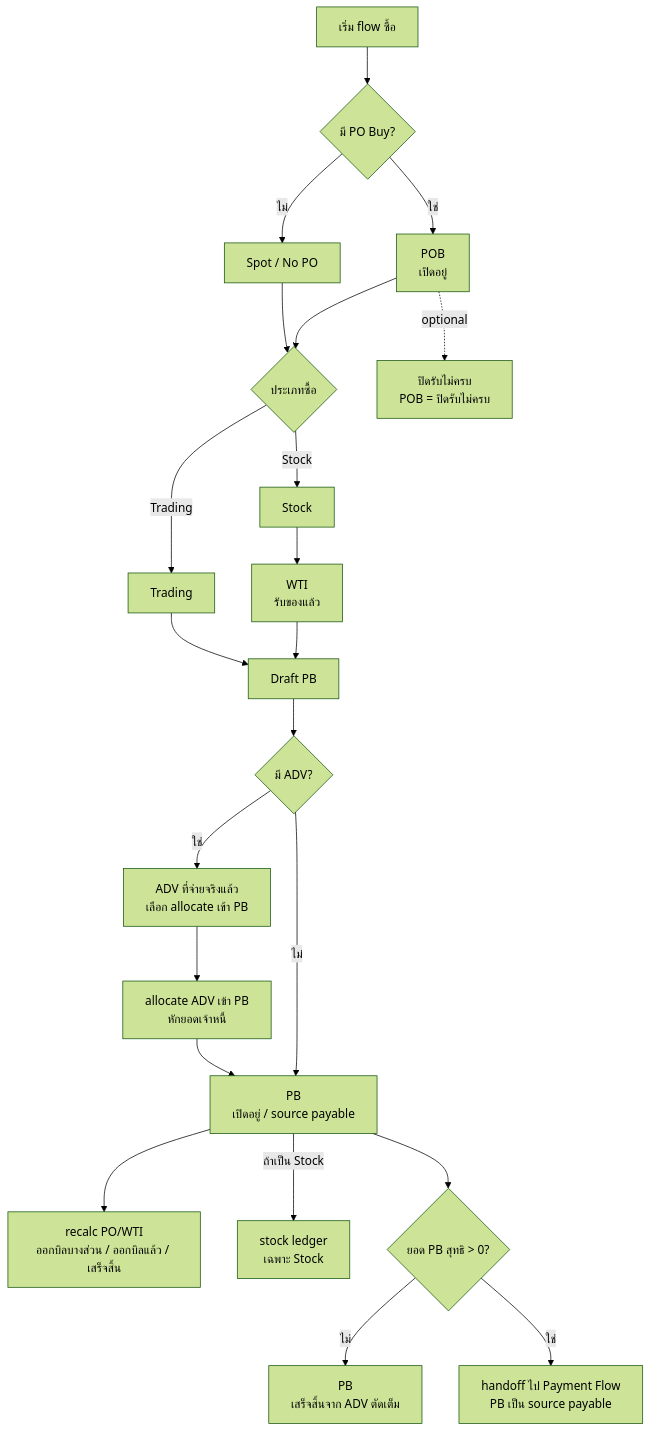
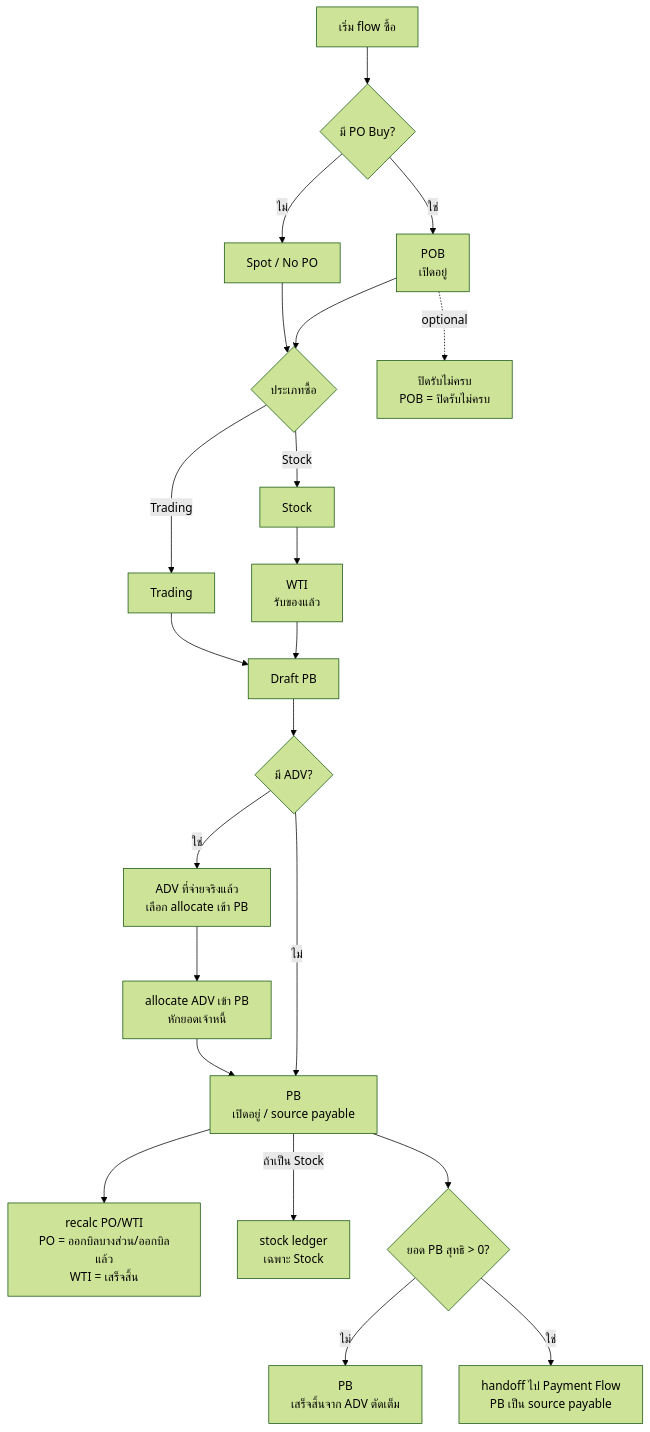
The diagram in docs/notes/Purchase Flow.md (terner/new-ns-scrap-erp), drawn with Mermaid (forest theme) before and after one commit. The commit also changed other lines of this file and 194 other files, not shown here.

Commit message:
Update stock, payment, and flow documentation

````diff
--- a/docs/notes/Purchase Flow.md
+++ b/docs/notes/Purchase Flow.md
@@ -65,40 +67,40 @@
 ```mermaid
 flowchart TD
   Start["เริ่ม flow ซื้อ"]
   Po{"มี PO Buy?"}
   PoDoc["POB<br/>เปิดอยู่"]
   NoPo["Spot / No PO"]
   PurchaseType{"ประเภทซื้อ"}
   Stock["Stock"]
   Trading["Trading"]
   Wti["WTI<br/>รับของแล้ว"]
   PbDraft["Draft PB"]
   PbSave["PB<br/>เปิดอยู่ / source payable"]
-  PoWtiRecalc["recalc PO/WTI<br/>ออกบิลบางส่วน / ออกบิลแล้ว / เสร็จสิ้น"]
+  PoWtiRecalc["recalc PO/WTI<br/>PO = ออกบิลบางส่วน/ออกบิลแล้ว<br/>WTI = เสร็จสิ้น"]
   StockLedger["stock ledger<br/>เฉพาะ Stock"]
   Advance{"มี ADV?"}
   AdvPaid["ADV ที่จ่ายจริงแล้ว<br/>เลือก allocate เข้า PB"]
   AllocateAdv["allocate ADV เข้า PB<br/>หักยอดเจ้าหนี้"]
   Payable{"ยอด PB สุทธิ > 0?"}
   PaidByAdv["PB<br/>เสร็จสิ้นจาก ADV ตัดเต็ม"]
   PaymentHandoff["handoff ไป Payment Flow<br/>PB เป็น source payable"]
   ShortClose["ปิดรับไม่ครบ<br/>POB = ปิดรับไม่ครบ"]
 
   Start --> Po
   Po -->|ใช่| PoDoc
   Po -->|ไม่| NoPo
   PoDoc --> PurchaseType
   NoPo --> PurchaseType
   PoDoc -. optional .-> ShortClose
   PurchaseType -->|Stock| Stock --> Wti --> PbDraft
   PurchaseType -->|Trading| Trading --> PbDraft
   PbDraft --> Advance
   Advance -->|ไม่| PbSave
   Advance -->|ใช่| AdvPaid --> AllocateAdv
   AllocateAdv --> PbSave
   PbSave --> PoWtiRecalc
   PbSave -->|ถ้าเป็น Stock| StockLedger
   PbSave --> Payable
   Payable -->|ไม่| PaidByAdv
   Payable -->|ใช่| PaymentHandoff
 ```
````
